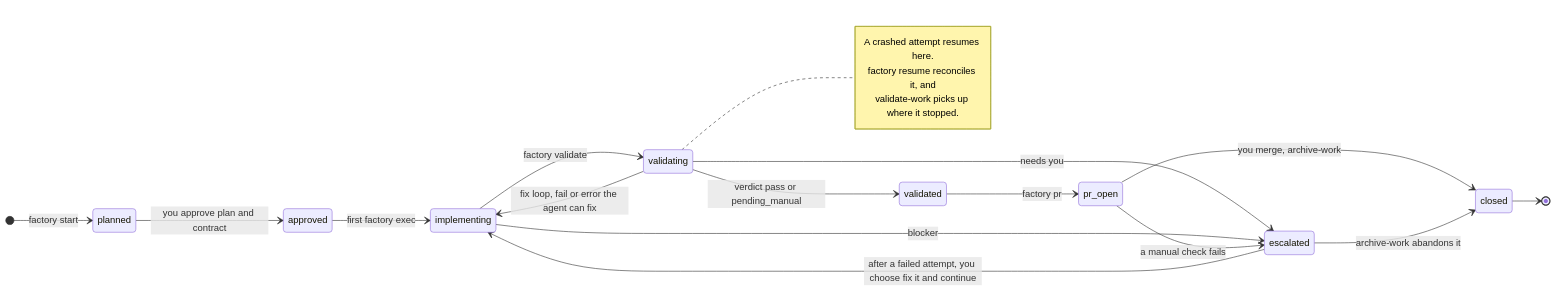
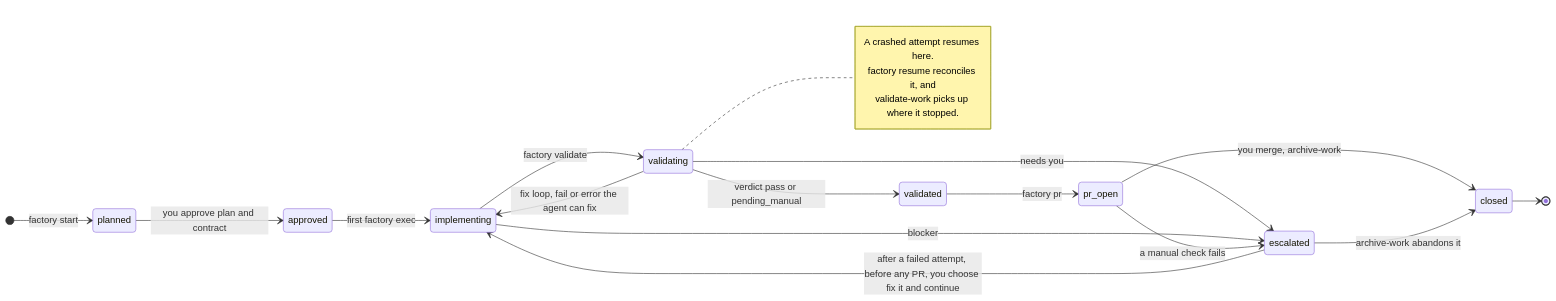
One commit to fusupo/escapement changed the third of 4 diagrams in README.md. Above: the diagram before and after it, drawn with Mermaid.

Commit message:
📚📝 docs(readme): the continue edge applies only before a PR
The diagram's escalated → implementing label now says it applies before
any PR, since continue refuses a run whose PR is open (has_pr, #97).
From r2's review of #92.

Claude-Session: https://claude.ai/code/session_0191fPUtMQmCmajnB6dmvYfw

````diff
--- a/README.md
+++ b/README.md
@@ -137,23 +137,23 @@
 ```mermaid
 stateDiagram-v2
     direction LR
     [*] --> planned: factory start
     planned --> approved: you approve plan and contract
     approved --> implementing: first factory exec
     implementing --> validating: factory validate
     validating --> validated: verdict pass or pending_manual
     validated --> pr_open: factory pr
     pr_open --> closed: you merge, archive-work
     validating --> implementing: fix loop, fail or error the agent can fix
     validating --> escalated: needs you
     implementing --> escalated: blocker
     pr_open --> escalated: a manual check fails
-    escalated --> implementing: after a failed attempt, you choose fix it and continue
+    escalated --> implementing: after a failed attempt, before any PR, you choose fix it and continue
     escalated --> closed: archive-work abandons it
     closed --> [*]
     note right of validating
         A crashed attempt resumes here.
         factory resume reconciles it, and
         validate-work picks up where it stopped.
     end note
 ```
````
